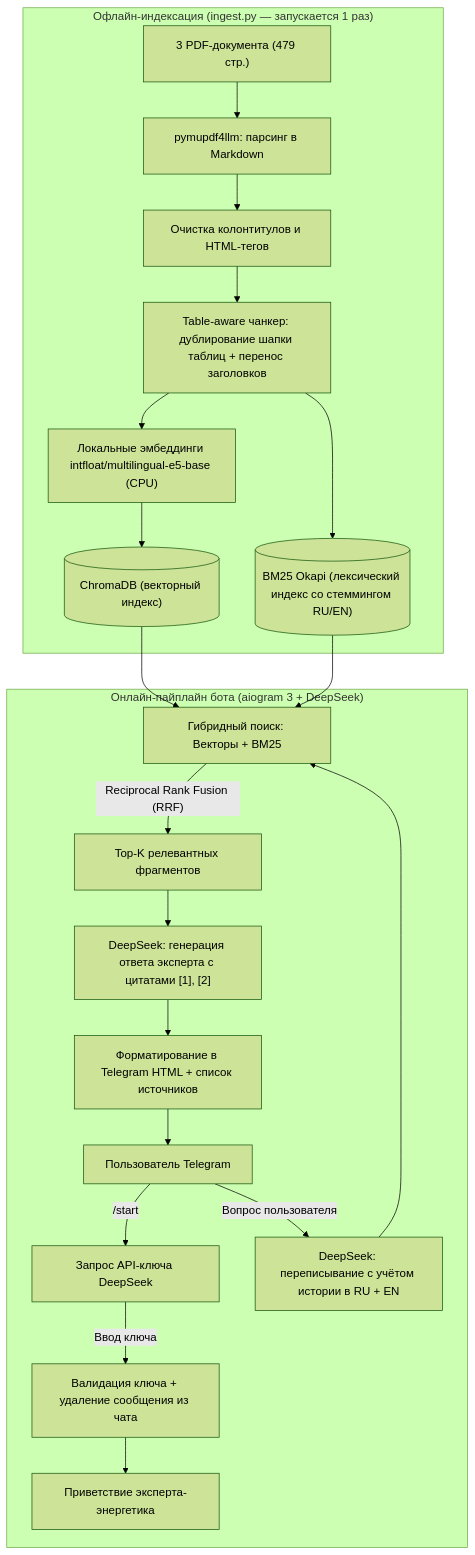
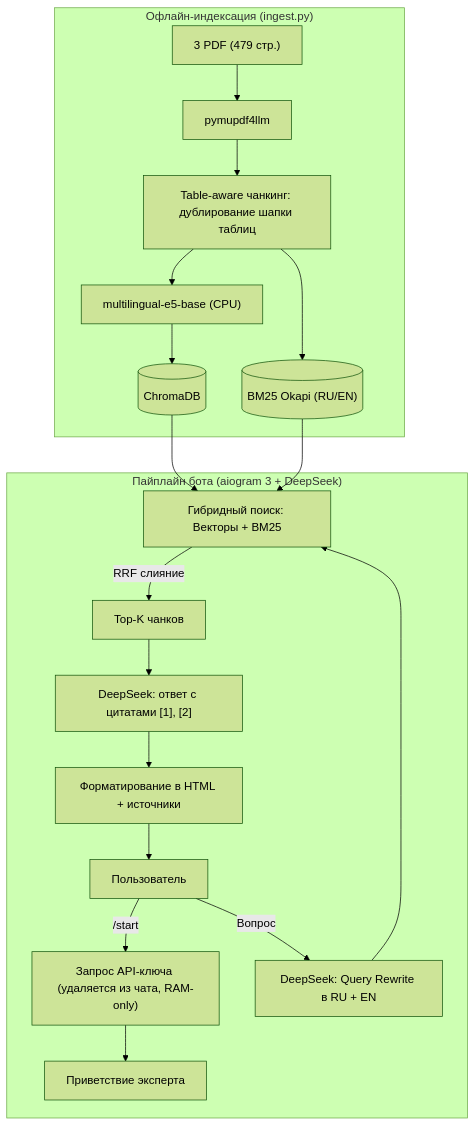
One commit to Metrahol/energy-rag-bot changed the diagram in README.md. Above: the diagram before and after it, drawn with Mermaid (forest theme). The commit also changed other lines of this file, not shown here.

````diff
--- a/README.md
+++ b/README.md
@@ -14,26 +12,23 @@
 ```mermaid
 flowchart TB
-    subgraph Offline["Офлайн-индексация (ingest.py — запускается 1 раз)"]
-        PDF["3 PDF-документа (479 стр.)"] --> PYM["pymupdf4llm: парсинг в Markdown"]
-        PYM --> BP["Очистка колонтитулов и HTML-тегов"]
-        BP --> CH["Table-aware чанкер: дублирование шапки таблиц + перенос заголовков"]
-        CH --> EMB["Локальные эмбеддинги intfloat/multilingual-e5-base (CPU)"]
-        EMB --> CHROMA[("ChromaDB (векторный индекс)")]
-        CH --> BM25[("BM25 Okapi (лексический индекс со стеммингом RU/EN)")]
+    subgraph Offline["Офлайн-индексация (ingest.py)"]
+        PDF["3 PDF (479 стр.)"] --> PYM["pymupdf4llm"]
+        PYM --> CH["Table-aware чанкинг: дублирование шапки таблиц"]
+        CH --> EMB["multilingual-e5-base (CPU)"]
+        EMB --> CHROMA[("ChromaDB")]
+        CH --> BM25[("BM25 Okapi (RU/EN)")]
     end
 
-    subgraph Online["Онлайн-пайплайн бота (aiogram 3 + DeepSeek)"]
-        USER["Пользователь Telegram"] -->|"/start"| KEY["Запрос API-ключа DeepSeek"]
-        KEY -->|Ввод ключа| VAL["Валидация ключа + удаление сообщения из чата"]
-        VAL --> GREET["Приветствие эксперта-энергетика"]
-        
-        USER -->|Вопрос пользователя| REWRITE["DeepSeek: переписывание с учётом истории в RU + EN"]
+    subgraph Online["Пайплайн бота (aiogram 3 + DeepSeek)"]
+        USER["Пользователь"] -->|/start| KEY["Запрос API-ключа (удаляется из чата, RAM-only)"]
+        KEY --> GREET["Приветствие эксперта"]
+        USER -->|Вопрос| REWRITE["DeepSeek: Query Rewrite в RU + EN"]
         REWRITE --> HYBRID["Гибридный поиск: Векторы + BM25"]
         CHROMA --> HYBRID
         BM25 --> HYBRID
-        HYBRID -->|"Reciprocal Rank Fusion (RRF)"| TOPK["Top-K релевантных фрагментов"]
-        TOPK --> LLM["DeepSeek: генерация ответа эксперта с цитатами [1], [2]"]
-        LLM --> TG["Форматирование в Telegram HTML + список источников"]
+        HYBRID -->|"RRF слияние"| TOPK["Top-K чанков"]
+        TOPK --> LLM["DeepSeek: ответ с цитатами [1], [2]"]
+        LLM --> TG["Форматирование в HTML + источники"]
         TG --> USER
     end
 ```
````
